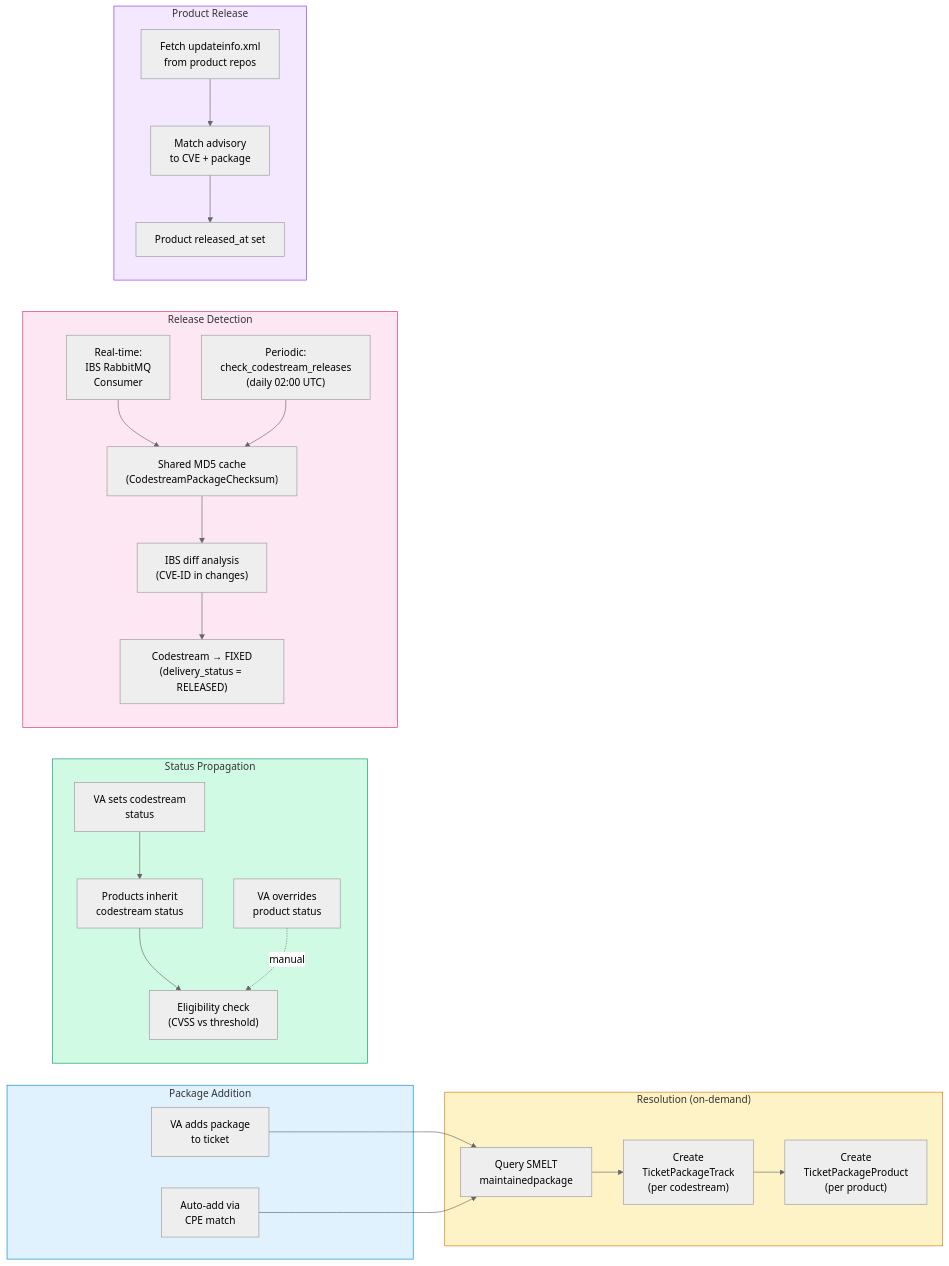
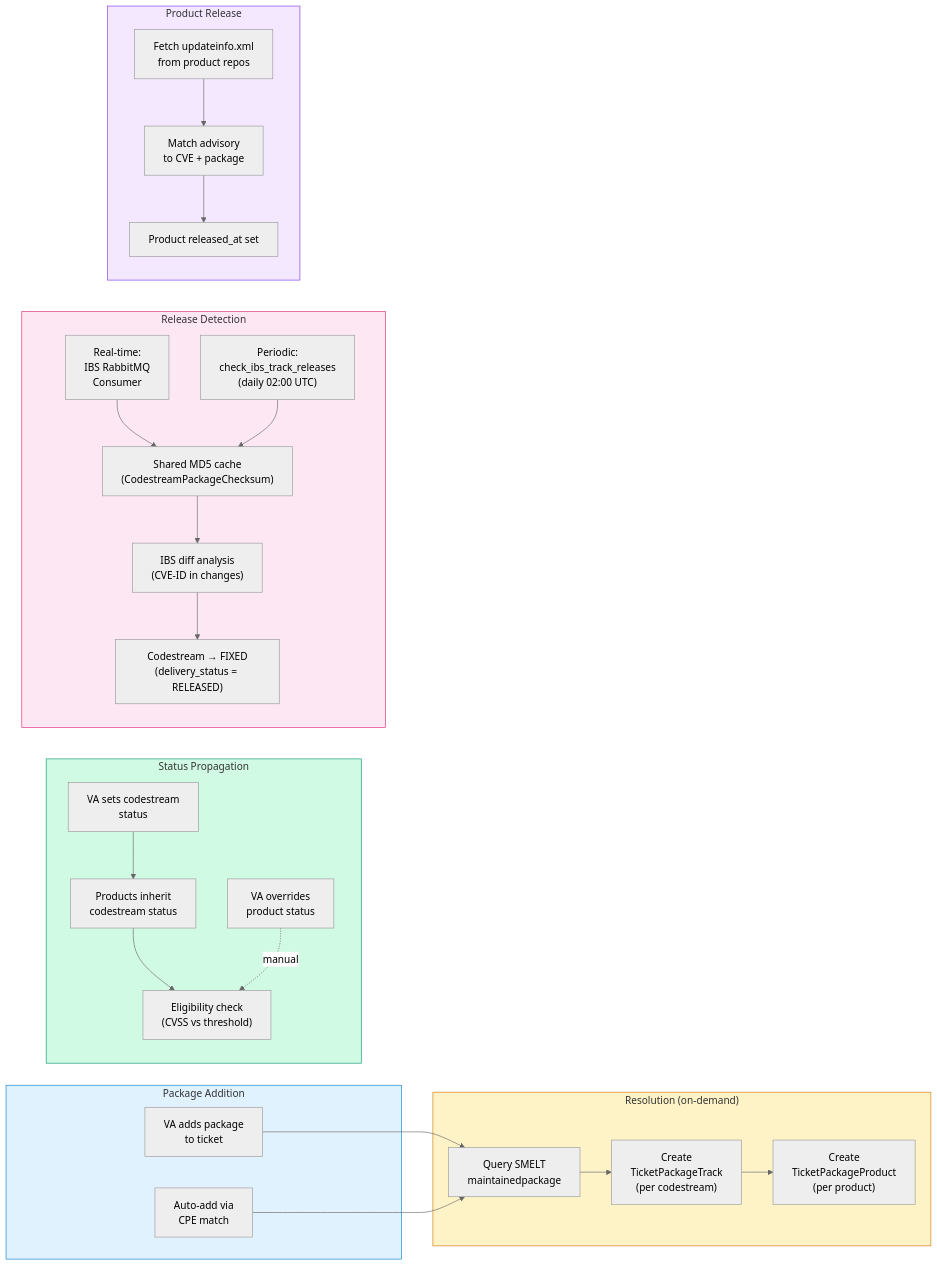
Before and after one commit to StayPirate/STAMP: the fourth of 6 diagrams in docs/system-map.md, drawn with Mermaid (neutral theme). The commit also changed other lines of this file and 2 other files, not shown here.

````diff
--- a/docs/system-map.md
+++ b/docs/system-map.md
@@ -350,55 +356,55 @@
 ```mermaid
 flowchart LR
     subgraph add_pkg["Package Addition"]
         VA_ADD["VA adds package<br/>to ticket"]
         CPE_MATCH["Auto-add via<br/>CPE match"]
     end
 
     subgraph resolve["Resolution (on-demand)"]
         SMELT_Q["Query SMELT<br/>maintainedpackage"]
         CREATE_CS["Create<br/>TicketPackageTrack<br/>(per codestream)"]
         CREATE_PR["Create<br/>TicketPackageProduct<br/>(per product)"]
     end
 
     subgraph status["Status Propagation"]
         VA_SET["VA sets codestream<br/>status"]
         INHERIT["Products inherit<br/>codestream status"]
         ELIG["Eligibility check<br/>(CVSS vs threshold)"]
         OVERRIDE["VA overrides<br/>product status"]
     end
 
     subgraph release["Release Detection"]
         direction TB
         RT["Real-time:<br/>IBS RabbitMQ<br/>Consumer"]
-        PERIODIC["Periodic:<br/>check_codestream_releases<br/>(daily 02:00 UTC)"]
+        PERIODIC["Periodic:<br/>check_ibs_track_releases<br/>(daily 02:00 UTC)"]
         MD5["Shared MD5 cache<br/>(CodestreamPackageChecksum)"]
         DIFF["IBS diff analysis<br/>(CVE-ID in changes)"]
         CS_REL["Codestream → FIXED<br/>(delivery_status = RELEASED)"]
 
         RT --> MD5
         PERIODIC --> MD5
         MD5 --> DIFF
         DIFF --> CS_REL
     end
 
     subgraph prod_release["Product Release"]
         UINFO["Fetch updateinfo.xml<br/>from product repos"]
         MATCH["Match advisory<br/>to CVE + package"]
         PR_REL["Product released_at set"]
 
         UINFO --> MATCH --> PR_REL
     end
 
     VA_ADD --> SMELT_Q
     CPE_MATCH --> SMELT_Q
     SMELT_Q --> CREATE_CS --> CREATE_PR
 
     VA_SET --> INHERIT --> ELIG
     OVERRIDE -.->|manual| ELIG
 
     style add_pkg fill:#e0f2fe,stroke:#0284c7
     style resolve fill:#fef3c7,stroke:#d97706
     style status fill:#d1fae5,stroke:#059669
     style release fill:#fce7f3,stroke:#db2777
     style prod_release fill:#f3e8ff,stroke:#7c3aed
 ```
````
